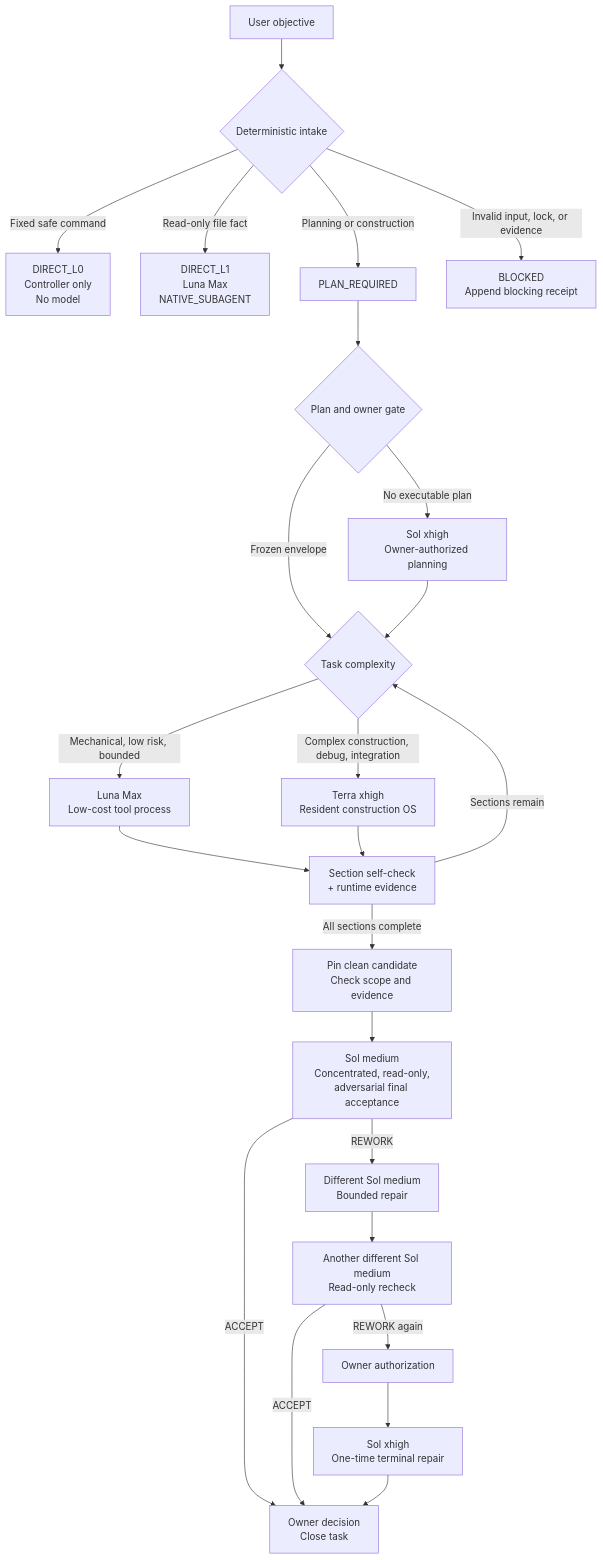
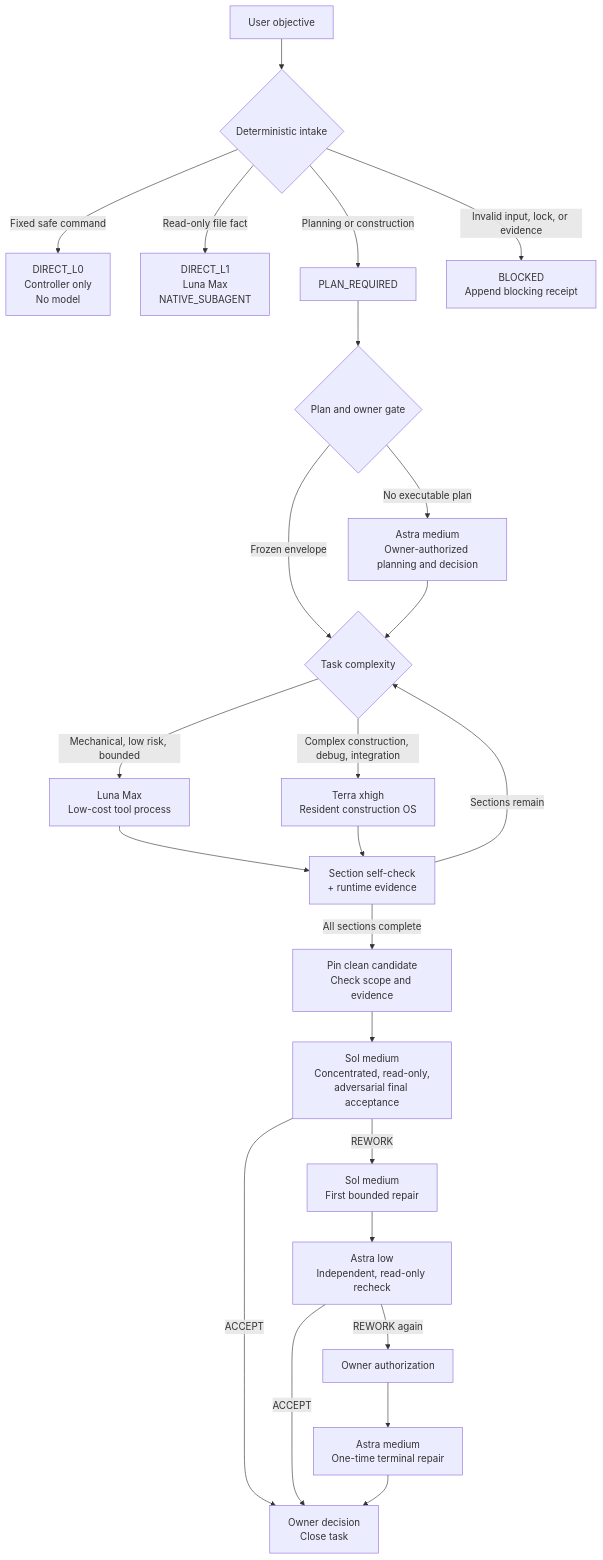
The diagram in README.en.md (New2taste/codex-team), drawn with Mermaid before and after one commit. The commit also changed other lines of this file and 37 other files, not shown here.

First line of the commit message:
feat(workflow): route Sol xhigh duties to Astra

````diff
--- a/README.en.md
+++ b/README.en.md
@@ -41,27 +42,27 @@
 ```mermaid
 flowchart TD
     A[User objective] --> B{Deterministic intake}
     B -->|Fixed safe command| C[DIRECT_L0<br/>Controller only<br/>No model]
     B -->|Read-only file fact| D[DIRECT_L1<br/>Luna Max<br/>NATIVE_SUBAGENT]
     B -->|Planning or construction| E[PLAN_REQUIRED]
     B -->|Invalid input, lock, or evidence| X[BLOCKED<br/>Append blocking receipt]
 
     E --> F{Plan and owner gate}
-    F -->|No executable plan| G[Sol xhigh<br/>Owner-authorized planning]
+    F -->|No executable plan| G[Astra medium<br/>Owner-authorized planning and decision]
     F -->|Frozen envelope| H{Task complexity}
     G --> H
     H -->|Mechanical, low risk, bounded| I[Luna Max<br/>Low-cost tool process]
     H -->|Complex construction, debug, integration| J[Terra xhigh<br/>Resident construction OS]
     I --> K[Section self-check<br/>+ runtime evidence]
     J --> K
     K -->|Sections remain| H
     K -->|All sections complete| L[Pin clean candidate<br/>Check scope and evidence]
     L --> M[Sol medium<br/>Concentrated, read-only,<br/>adversarial final acceptance]
     M -->|ACCEPT| N[Owner decision<br/>Close task]
-    M -->|REWORK| O[Different Sol medium<br/>Bounded repair]
-    O --> P[Another different Sol medium<br/>Read-only recheck]
+    M -->|REWORK| O[Sol medium<br/>First bounded repair]
+    O --> P[Astra low<br/>Independent, read-only recheck]
     P -->|ACCEPT| N
     P -->|REWORK again| Q[Owner authorization]
-    Q --> R[Sol xhigh<br/>One-time terminal repair]
+    Q --> R[Astra medium<br/>One-time terminal repair]
     R --> N
 ```
````
